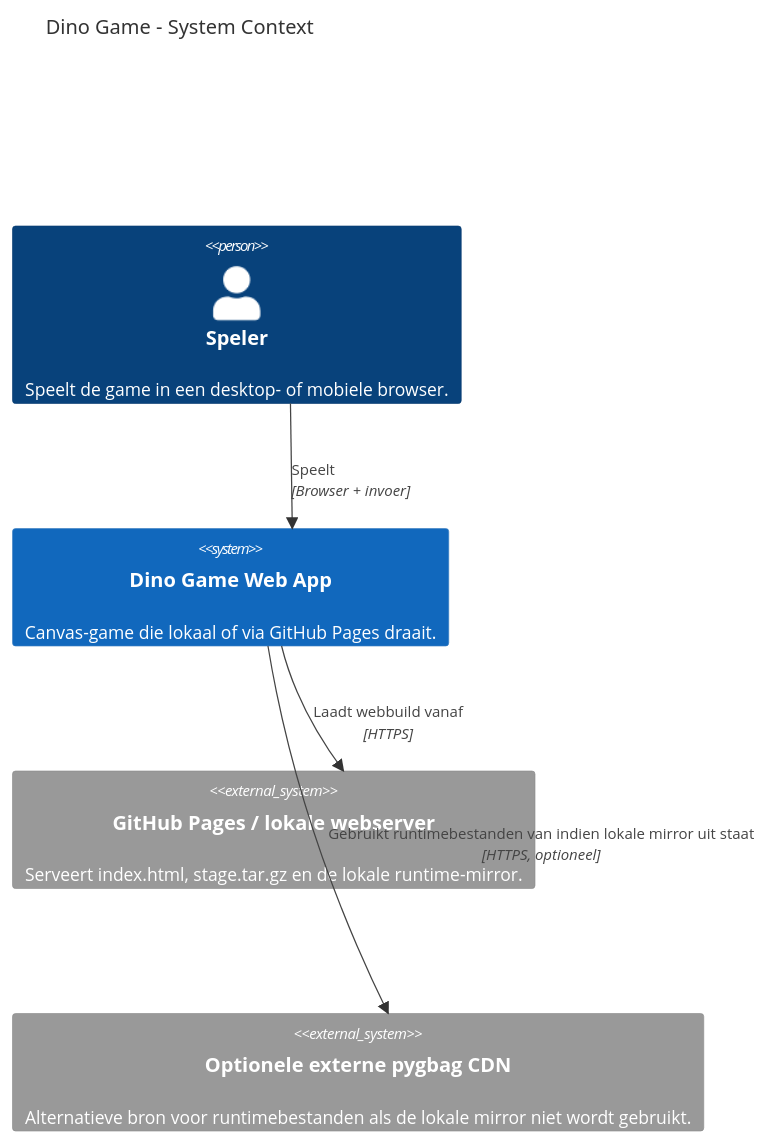
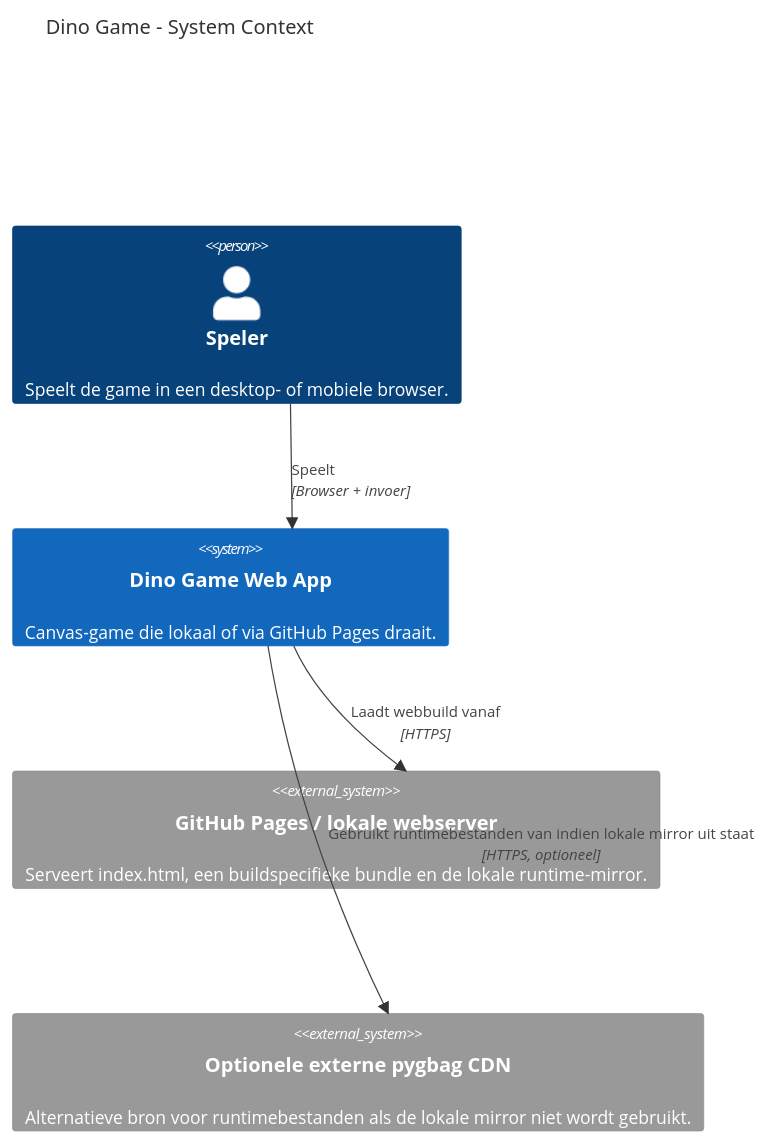
Before and after one commit to bartvanderwal/python-processing: the first of 3 diagrams in docs/sgb.md, drawn with Mermaid. The commit also changed other lines of this file and 2 other files, not shown here.

Commit message:
Fix web bundle sync for production audio

````diff
--- a/docs/sgb.md
+++ b/docs/sgb.md
@@ -100,14 +116,14 @@
 ```mermaid
 C4Context
 title Dino Game - System Context
 UpdateLayoutConfig($c4ShapeInRow="1", $c4BoundaryInRow="1")
 
 Person(player, "Speler", "Speelt de game in een desktop- of mobiele browser.")
 System(webapp, "Dino Game Web App", "Canvas-game die lokaal of via GitHub Pages draait.")
-System_Ext(hosting, "GitHub Pages / lokale webserver", "Serveert index.html, stage.tar.gz en de lokale runtime-mirror.")
+System_Ext(hosting, "GitHub Pages / lokale webserver", "Serveert index.html, een buildspecifieke bundle en de lokale runtime-mirror.")
 System_Ext(cdn, "Optionele externe pygbag CDN", "Alternatieve bron voor runtimebestanden als de lokale mirror niet wordt gebruikt.")
 
 Rel_D(player, webapp, "Speelt", "Browser + invoer")
 Rel_D(webapp, hosting, "Laadt webbuild vanaf", "HTTPS")
 Rel_D(webapp, cdn, "Gebruikt runtimebestanden van indien lokale mirror uit staat", "HTTPS, optioneel")
 ```
````
